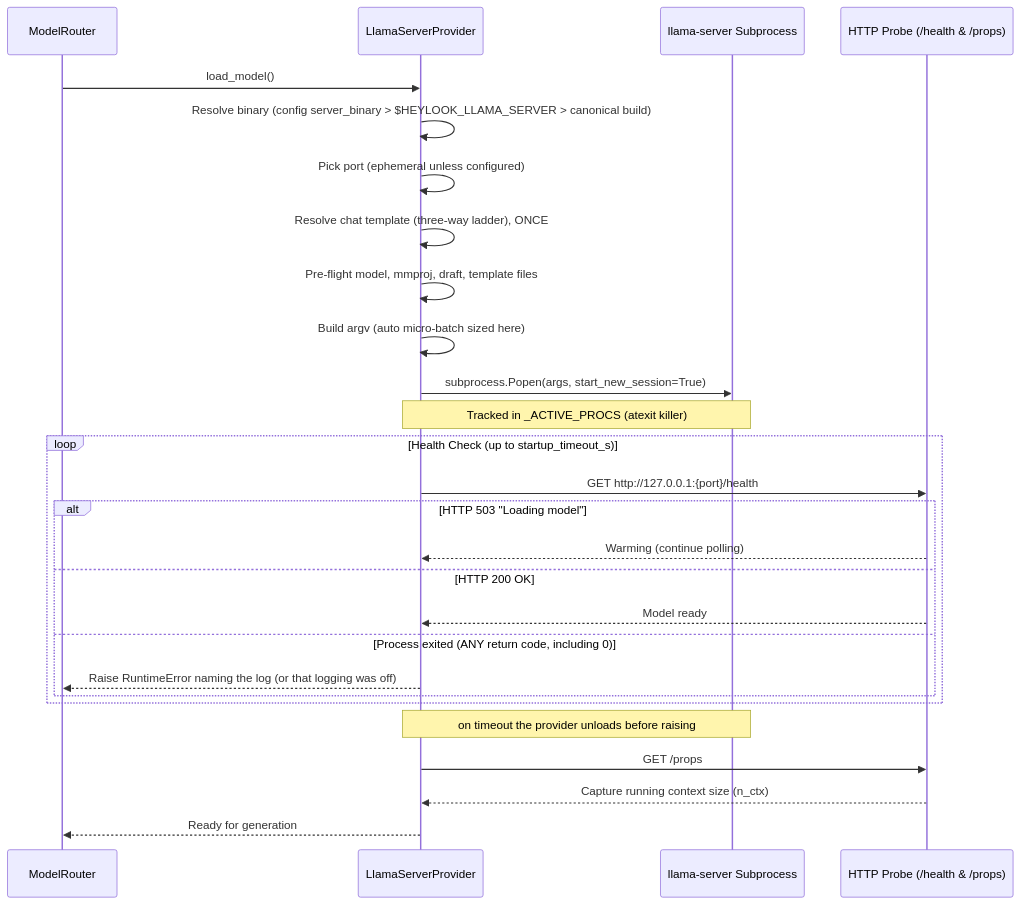
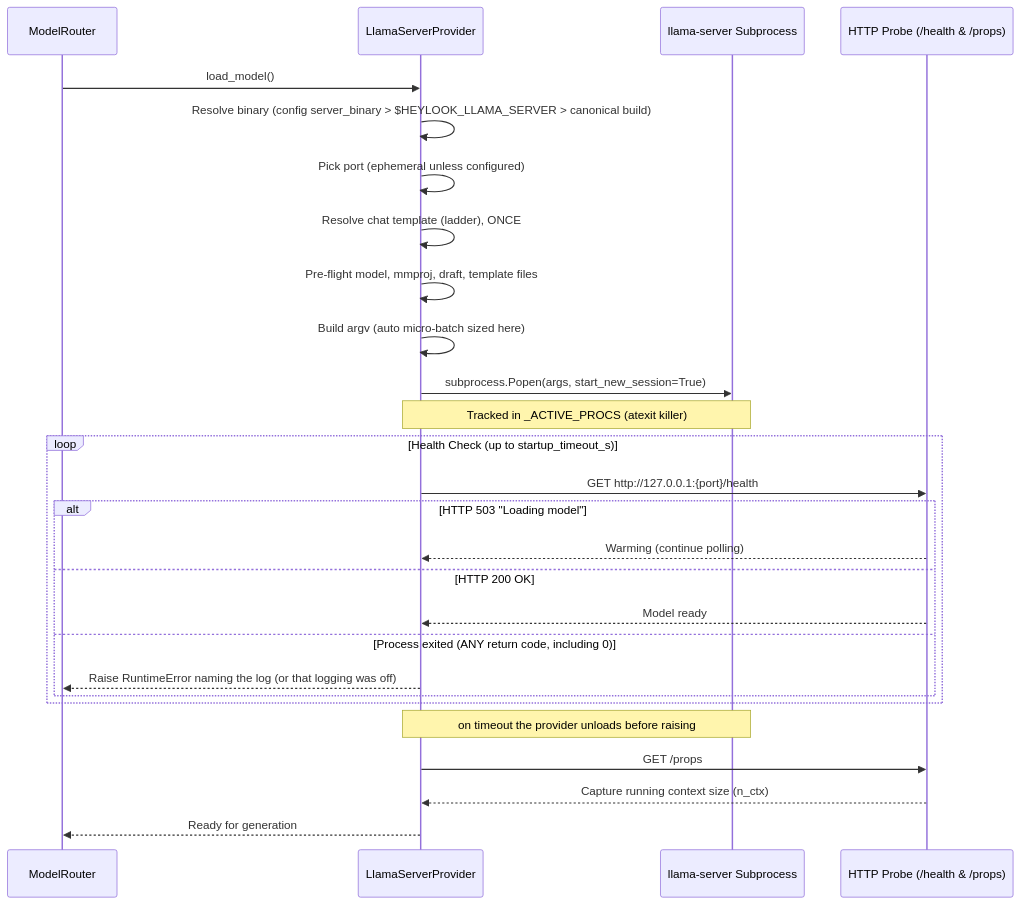
The first of 3 diagrams in docs/wiki/llama_server_build_and_spawn.md (fblissjr/heylookitsanllm), drawn with Mermaid before and after one commit. The commit also changed other lines of this file and 16 other files, not shown here.

````diff
--- a/docs/wiki/llama_server_build_and_spawn.md
+++ b/docs/wiki/llama_server_build_and_spawn.md
@@ -137,30 +137,30 @@
 ```mermaid
 sequenceDiagram
     participant Router as ModelRouter
     participant Provider as LlamaServerProvider
     participant Subproc as llama-server Subprocess
     participant Health as HTTP Probe (/health & /props)
 
     Router->>Provider: load_model()
     Provider->>Provider: Resolve binary (config server_binary > $HEYLOOK_LLAMA_SERVER > canonical build)
     Provider->>Provider: Pick port (ephemeral unless configured)
-    Provider->>Provider: Resolve chat template (three-way ladder), ONCE
+    Provider->>Provider: Resolve chat template (ladder), ONCE
     Provider->>Provider: Pre-flight model, mmproj, draft, template files
     Provider->>Provider: Build argv (auto micro-batch sized here)
     Provider->>Subproc: subprocess.Popen(args, start_new_session=True)
     Note over Provider,Subproc: Tracked in _ACTIVE_PROCS (atexit killer)
     loop Health Check (up to startup_timeout_s)
         Provider->>Health: GET http://127.0.0.1:{port}/health
         alt HTTP 503 "Loading model"
             Health-->>Provider: Warming (continue polling)
         else HTTP 200 OK
             Health-->>Provider: Model ready
         else Process exited (ANY return code, including 0)
             Provider-->>Router: Raise RuntimeError naming the log (or that logging was off)
         end
     end
     Note over Provider,Subproc: on timeout the provider unloads before raising
     Provider->>Health: GET /props
     Health-->>Provider: Capture running context size (n_ctx)
     Provider-->>Router: Ready for generation
 ```
````
